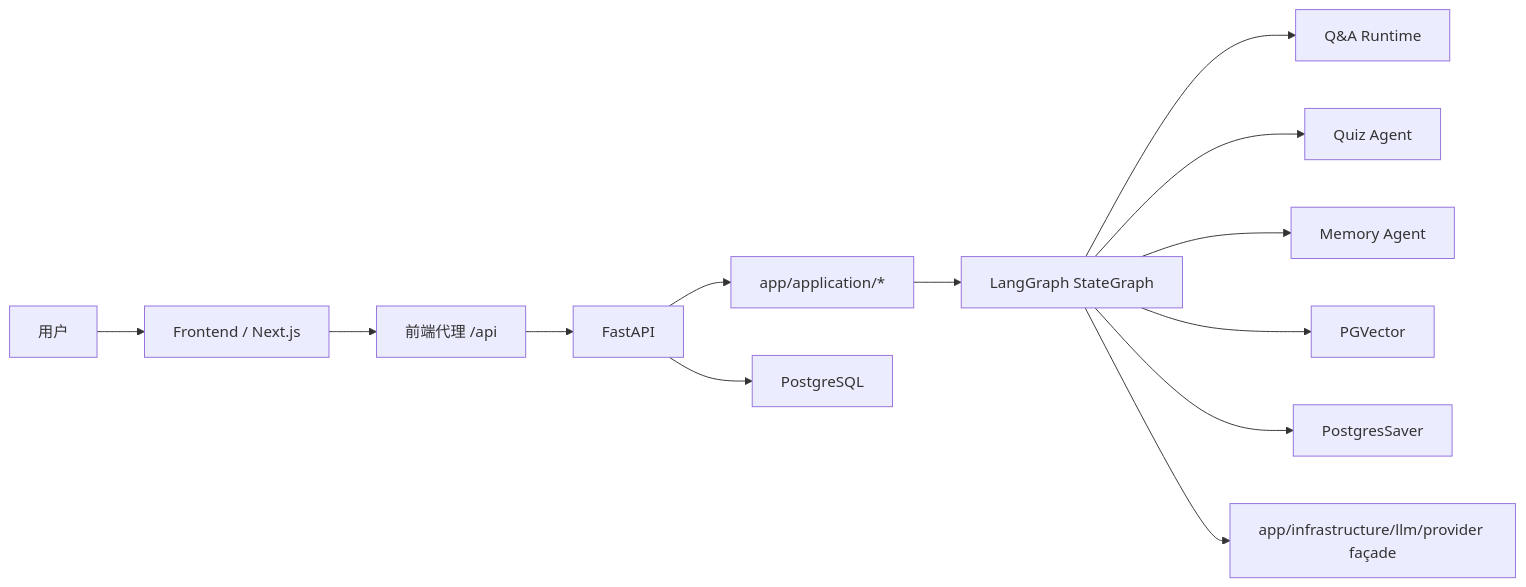
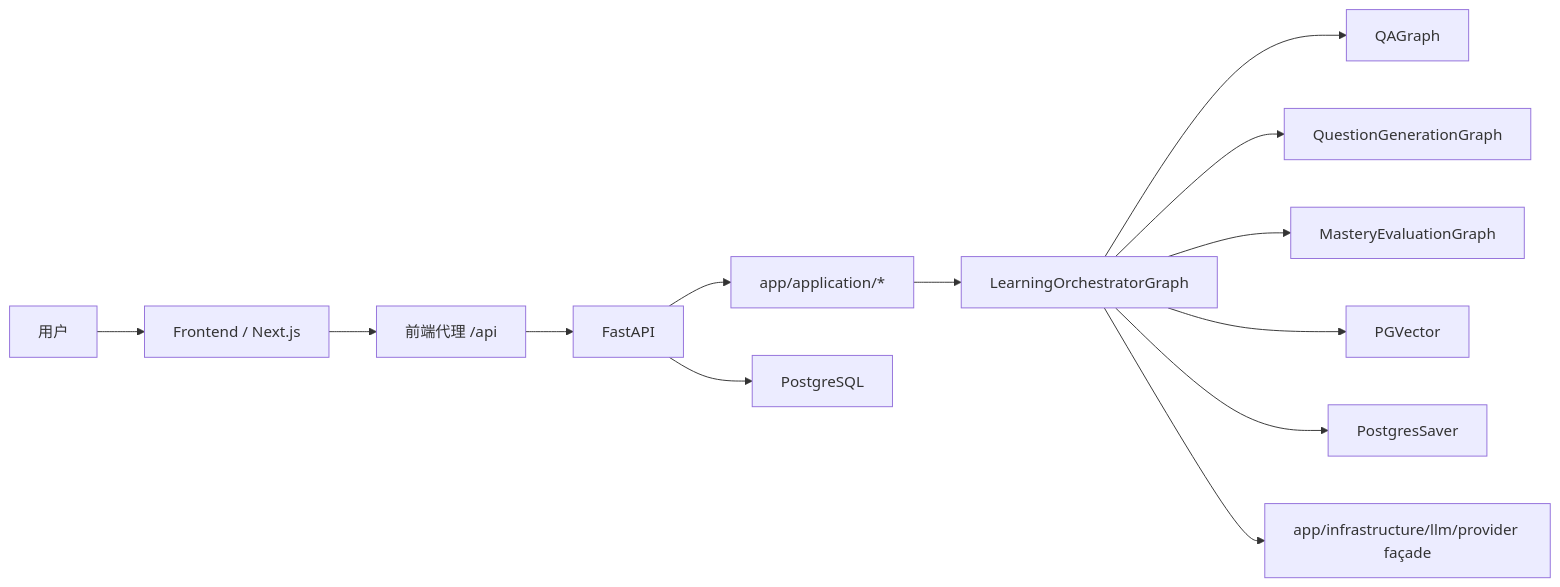
One commit to Xiaomuw/Learning-assistant changed the diagram in docs/technical-design.md. Above: the diagram before and after it, drawn with Mermaid. The commit also changed other lines of this file and 64 other files, not shown here.

````diff
--- a/docs/technical-design.md
+++ b/docs/technical-design.md
@@ -7,15 +7,15 @@
 ```mermaid
 flowchart LR
     U["用户"] --> F["Frontend / Next.js"]
     F --> P["前端代理 /api"]
     P --> B["FastAPI"]
     B --> A["app/application/*"]
-    A --> G["LangGraph StateGraph"]
-    G --> QA["Q&A Runtime"]
-    G --> Q["Quiz Agent"]
-    G --> M["Memory Agent"]
+    A --> G["LearningOrchestratorGraph"]
+    G --> QA["QAGraph"]
+    G --> Q["QuestionGenerationGraph"]
+    G --> M["MasteryEvaluationGraph"]
     B --> DB["PostgreSQL"]
     G --> V["PGVector"]
     G --> C["PostgresSaver"]
     G --> MP["app/infrastructure/llm/provider façade"]
 ```
````
